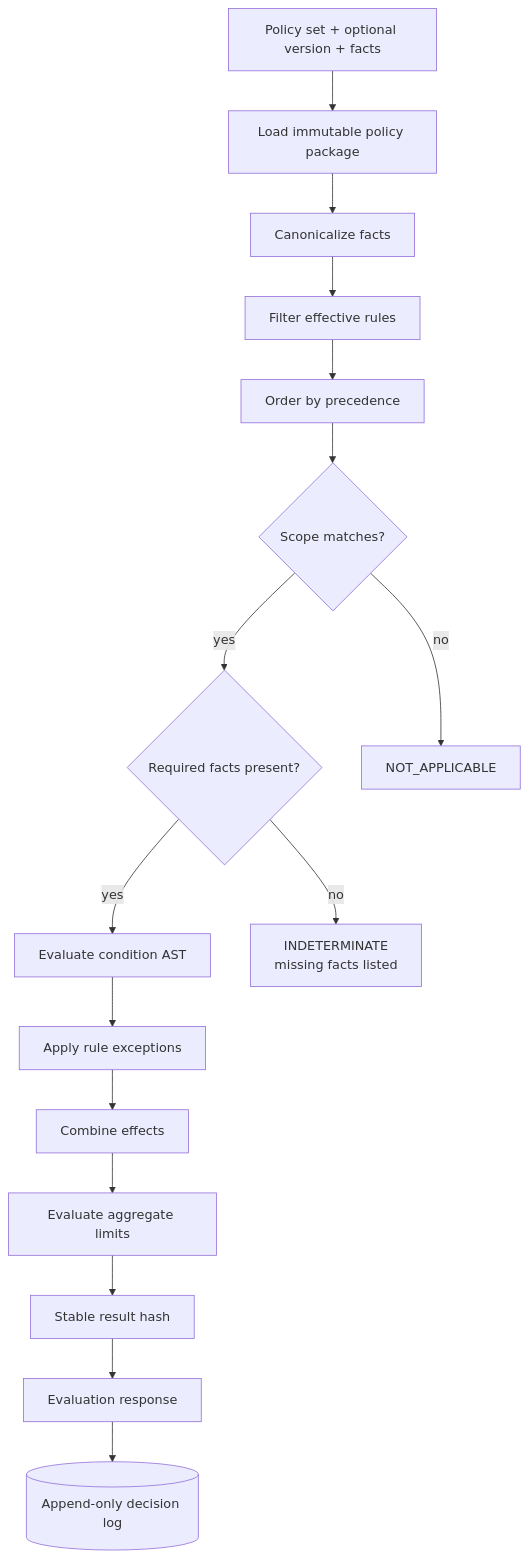
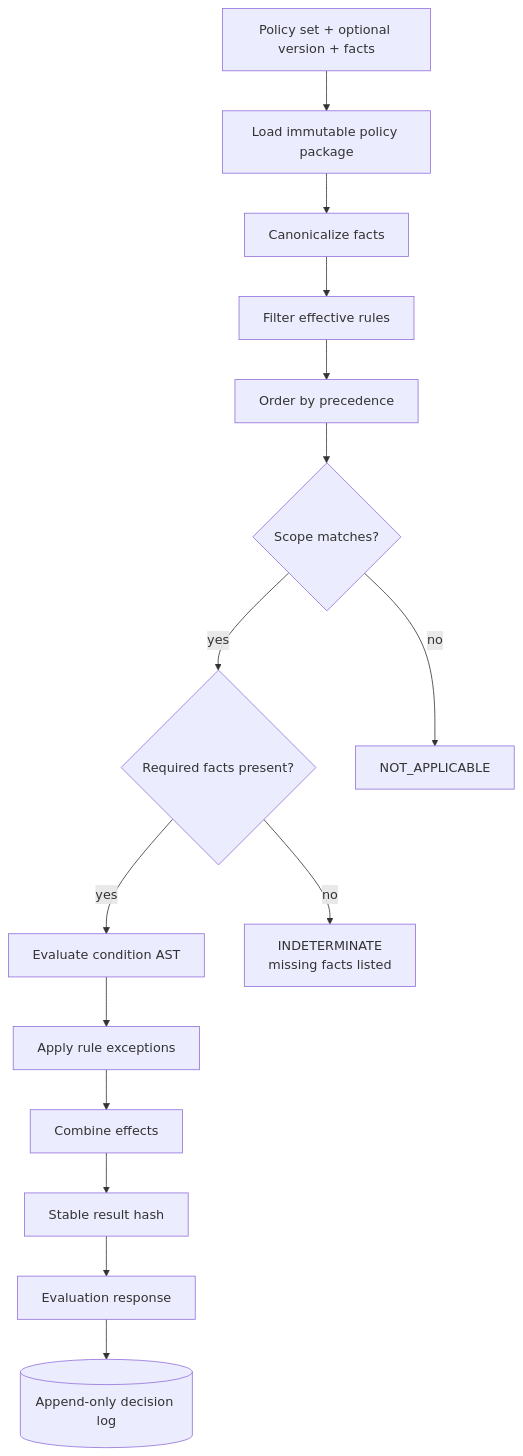
The third of 7 diagrams in docs/capability-flows.md (taomar/policy-governance-engine), drawn with Mermaid before and after one commit. The commit also changed other lines of this file, not shown here.

Commit message:
docs(capability-flows): remove retired aggregate-limits step and capability
Dropped the 'Evaluate aggregate limits' node from the evaluation flowchart and rewired Combine --> Hash, and removed the Aggregate limits row from the secondary-capabilities table. The feature and its evaluator step were retired.

````diff
--- a/docs/capability-flows.md
+++ b/docs/capability-flows.md
@@ -74,23 +74,22 @@
 ```mermaid
 flowchart TD
     Request["Policy set + optional version + facts"]
     Package["Load immutable policy package"]
     Facts["Canonicalize facts"]
     Window["Filter effective rules"]
     Order["Order by precedence"]
     Scope{"Scope matches?"}
     Missing{"Required facts present?"}
     Condition["Evaluate condition AST"]
     Exception["Apply rule exceptions"]
     Combine["Combine effects"]
-    Aggregate["Evaluate aggregate limits"]
     Hash["Stable result hash"]
     Response["Evaluation response"]
     Log[("Append-only decision log")]
 
     Request --> Package --> Facts --> Window --> Order --> Scope
     Scope -- no --> NA["NOT_APPLICABLE"]
     Scope -- yes --> Missing
     Missing -- no --> IND["INDETERMINATE<br/>missing facts listed"]
-    Missing -- yes --> Condition --> Exception --> Combine --> Aggregate --> Hash --> Response --> Log
+    Missing -- yes --> Condition --> Exception --> Combine --> Hash --> Response --> Log
 ```
````
